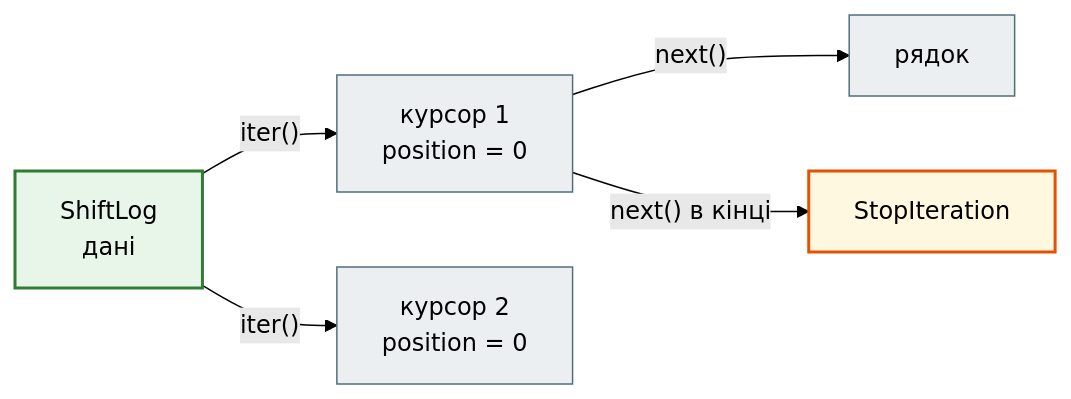
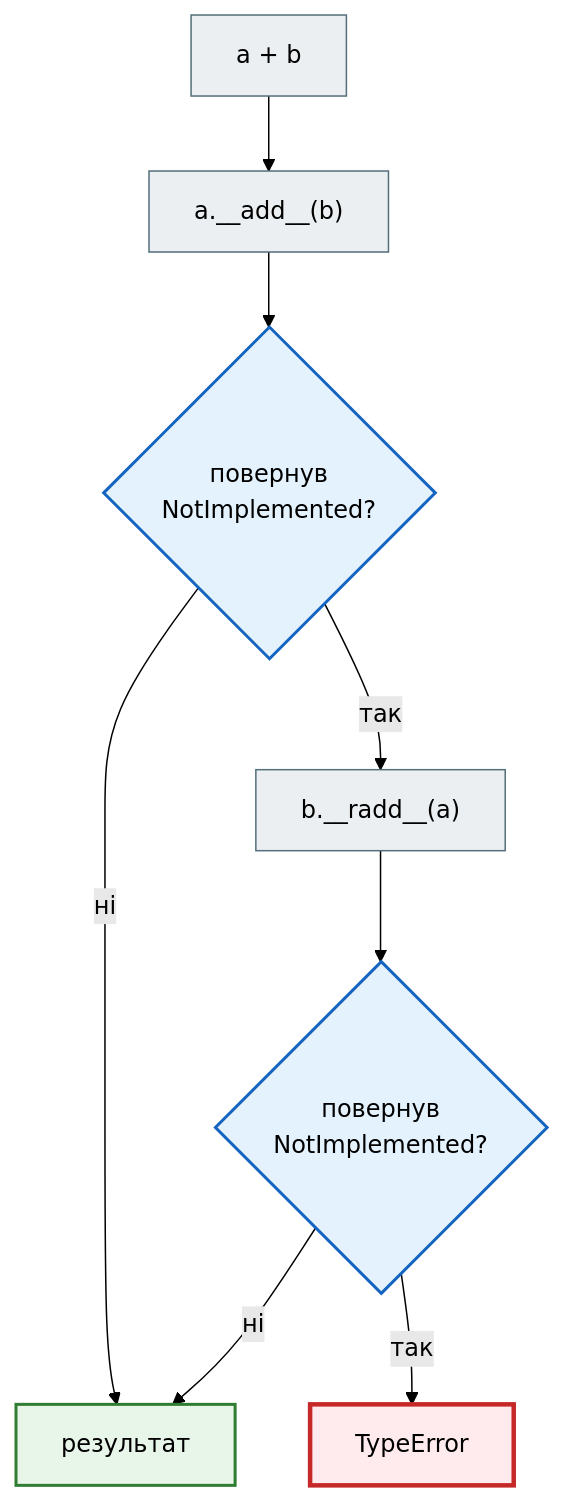
The first of 4 diagrams in docs/modules/m2/lesson_24.md (AlinaRadchenko/PY-Course-Victor-Nikoriak-22-09-2026), drawn with Mermaid (forest theme) before and after one commit. The commit also changed other lines of this file and 1846 other files, not shown here.

````diff
--- a/docs/modules/m2/lesson_24.md
+++ b/docs/modules/m2/lesson_24.md
@@ -103,18 +175,21 @@
 ```mermaid
-flowchart LR
+flowchart TD
     classDef step     fill:#eceff1,stroke:#546e7a,stroke-width:1px;
     classDef decision fill:#e3f2fd,stroke:#1565c0,stroke-width:2px;
     classDef success  fill:#e8f5e9,stroke:#2e7d32,stroke-width:2px;
     classDef error    fill:#ffebee,stroke:#c62828,stroke-width:3px;
     classDef warning  fill:#fff8e1,stroke:#e65100,stroke-width:2px;
 
-    LOG["ShiftLog<br>дані"] -- "iter()" --> C1["курсор 1<br>position = 0"]
-    LOG -- "iter()" --> C2["курсор 2<br>position = 0"]
-    C1 -- "next()" --> L["рядок"]
-    C1 -- "next() в кінці" --> STOP["StopIteration"]
+    A["a + b"] --> L["a.__add__(b)"]
+    L --> Q1{"повернув<br>NotImplemented?"}
+    Q1 -- ні --> OK["результат"]
+    Q1 -- так --> R["b.__radd__(a)"]
+    R --> Q2{"повернув<br>NotImplemented?"}
+    Q2 -- ні --> OK
+    Q2 -- так --> ERR["TypeError"]
 
-    class LOG success
-    class C1,C2 step
-    class L step
-    class STOP warning
+    class A,L,R step
+    class Q1,Q2 decision
+    class OK success
+    class ERR error
 ```
````
